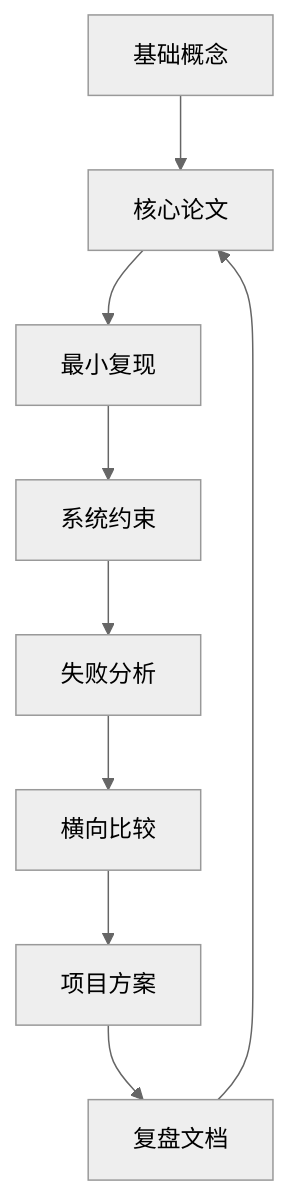
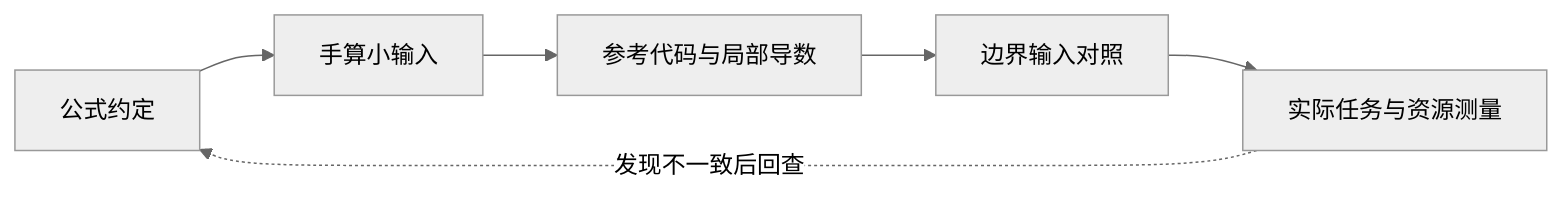
Before and after one commit to Charles2530/Charles-AI-notes: the diagram in files/roadmap/research-and-engineering-study-plan.md, drawn with Mermaid (neutral theme). The commit also changed other lines of this file and 954 other files, not shown here.

````diff
--- a/files/roadmap/research-and-engineering-study-plan.md
+++ b/files/roadmap/research-and-engineering-study-plan.md
@@ -56,11 +49,8 @@
 ```mermaid
-flowchart TD
-    A["基础概念"] --> B["核心论文"]
-    B --> C["最小复现"]
-    C --> D["系统约束"]
-    D --> E["失败分析"]
-    E --> F["横向比较"]
-    F --> G["项目方案"]
-    G --> H["复盘文档"]
-    H --> B
+flowchart LR
+    A["公式约定"] --> B["手算小输入"]
+    B --> C["参考代码与局部导数"]
+    C --> D["边界输入对照"]
+    D --> E["实际任务与资源测量"]
+    E -. "发现不一致后回查" .-> A
 ```
````
